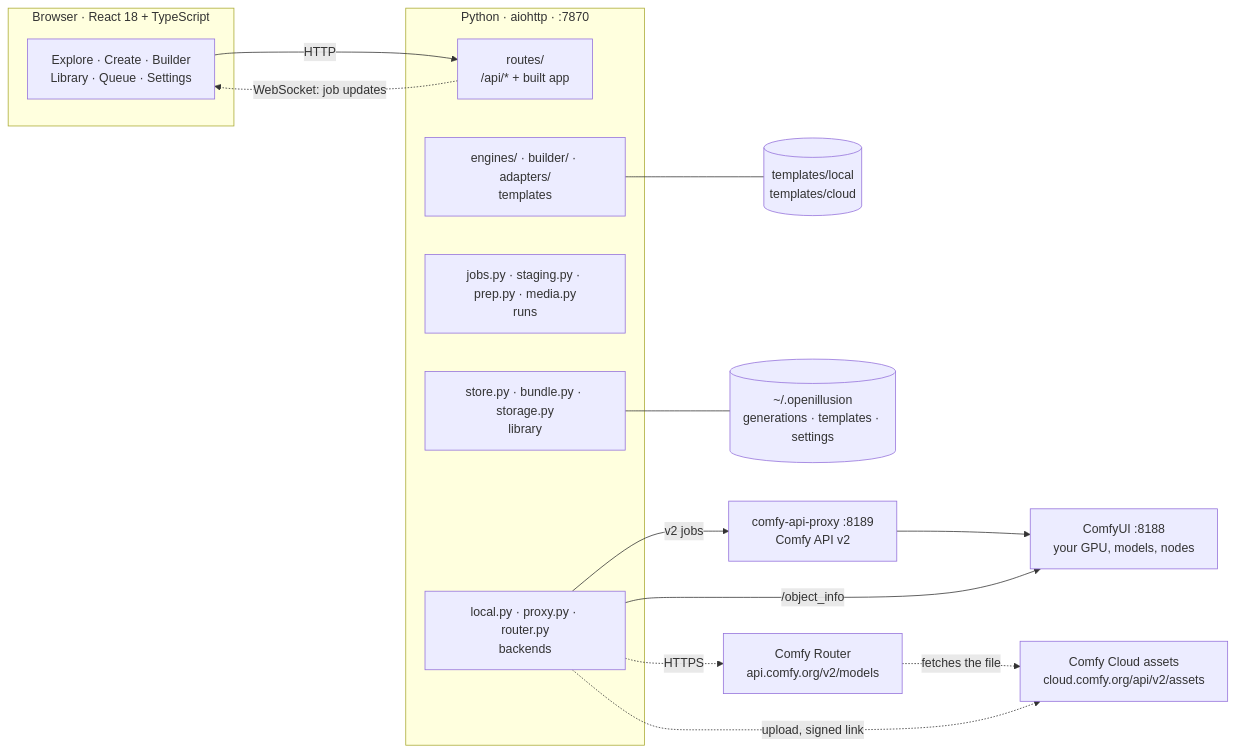
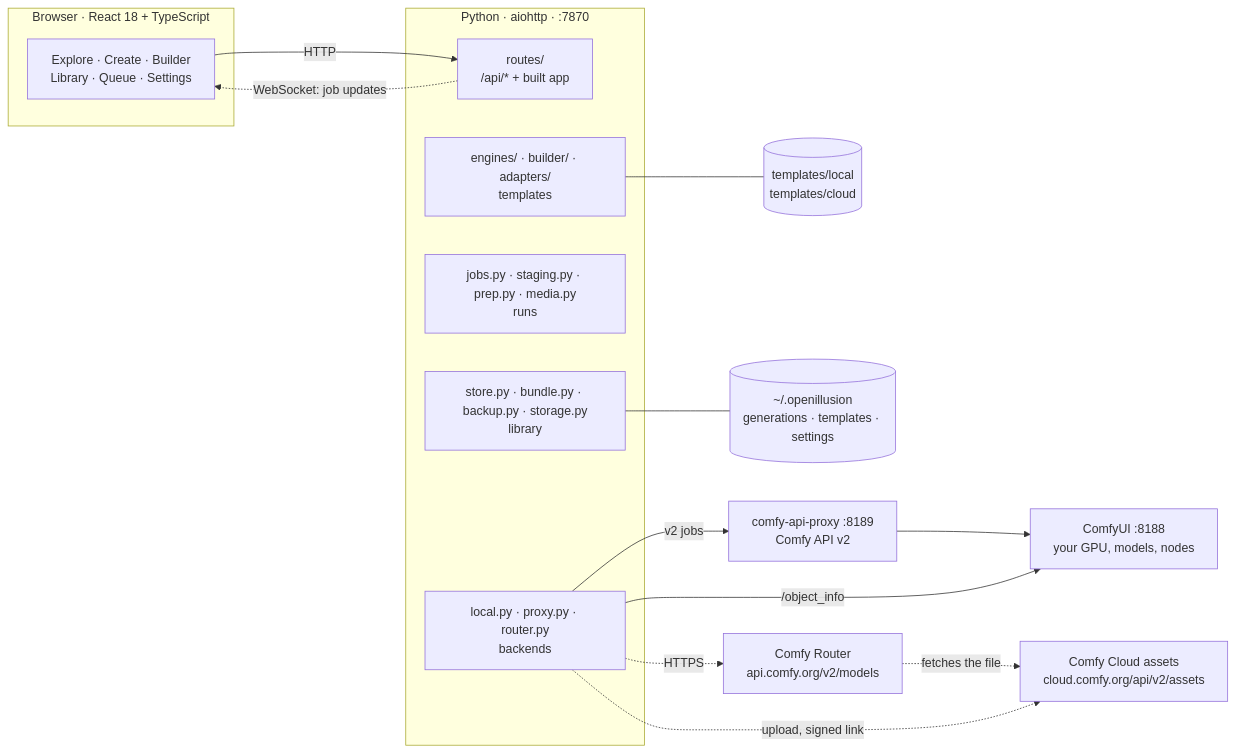
The first of 5 diagrams in README.md (GETHUK-BIGEMPEROR/OpenIllusion), drawn with Mermaid before and after one commit. The commit also changed other lines of this file and 8 other files, not shown here.

````diff
--- a/README.md
+++ b/README.md
@@ -129,31 +129,31 @@
 ```mermaid
 flowchart LR
   subgraph Browser["Browser · React 18 + TypeScript"]
     UI["Explore · Create · Builder<br/>Library · Queue · Settings"]
   end
 
   subgraph Server["Python · aiohttp · :7870"]
     R["routes/<br/>/api/* + built app"]
     T["engines/ · builder/ · adapters/<br/>templates"]
     J["jobs.py · staging.py · prep.py · media.py<br/>runs"]
-    L["store.py · bundle.py · storage.py<br/>library"]
+    L["store.py · bundle.py · backup.py · storage.py<br/>library"]
     B["local.py · proxy.py · router.py<br/>backends"]
   end
 
   P["comfy-api-proxy :8189<br/>Comfy API v2"]
   C["ComfyUI :8188<br/>your GPU, models, nodes"]
   RT["Comfy Router<br/>api.comfy.org/v2/models"]
   CA["Comfy Cloud assets<br/>cloud.comfy.org/api/v2/assets"]
   RE[("templates/local<br/>templates/cloud")]
   H[("~/.openillusion<br/>generations · templates · settings")]
 
   UI -- HTTP --> R
   R -. "WebSocket: job updates" .-> UI
   B -- "v2 jobs" --> P --> C
   B -- "/object_info" --> C
   B -. HTTPS .-> RT
   B -. "upload, signed link" .-> CA
   RT -. "fetches the file" .-> CA
   T --- RE
   L --- H
 ```
````
